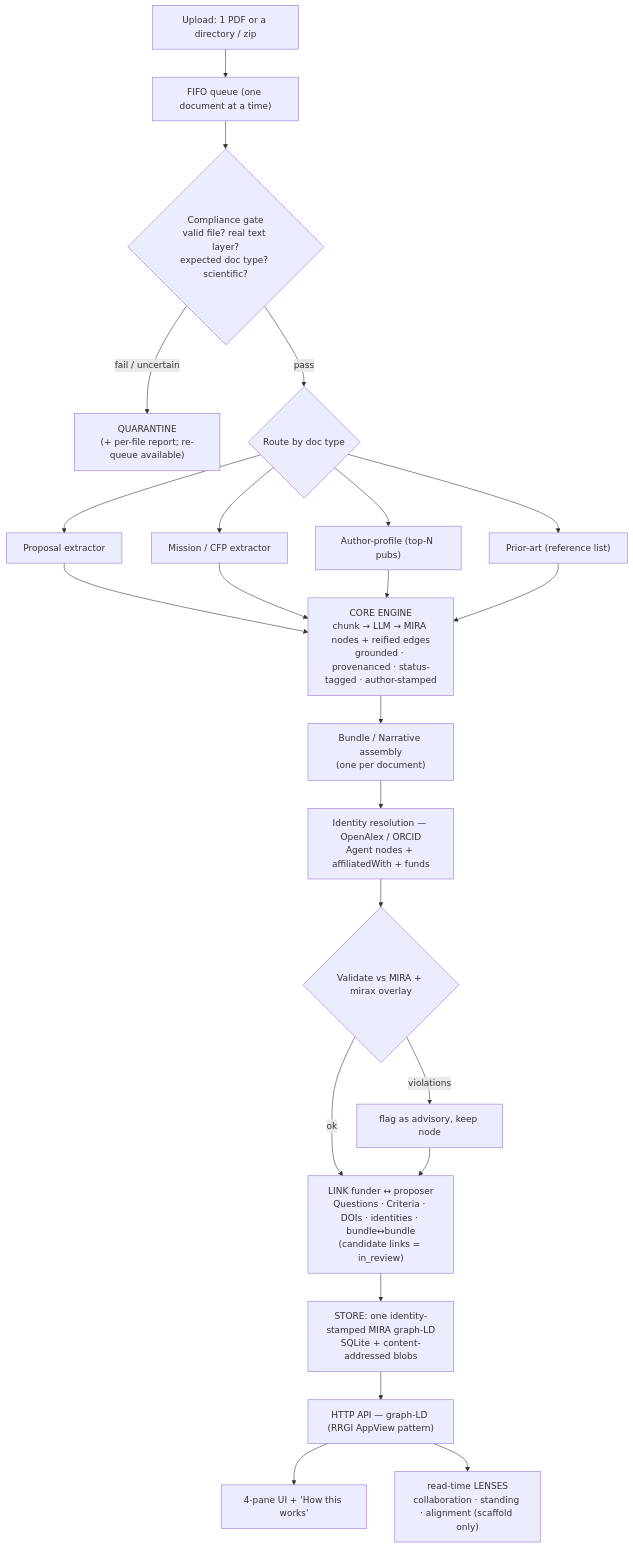
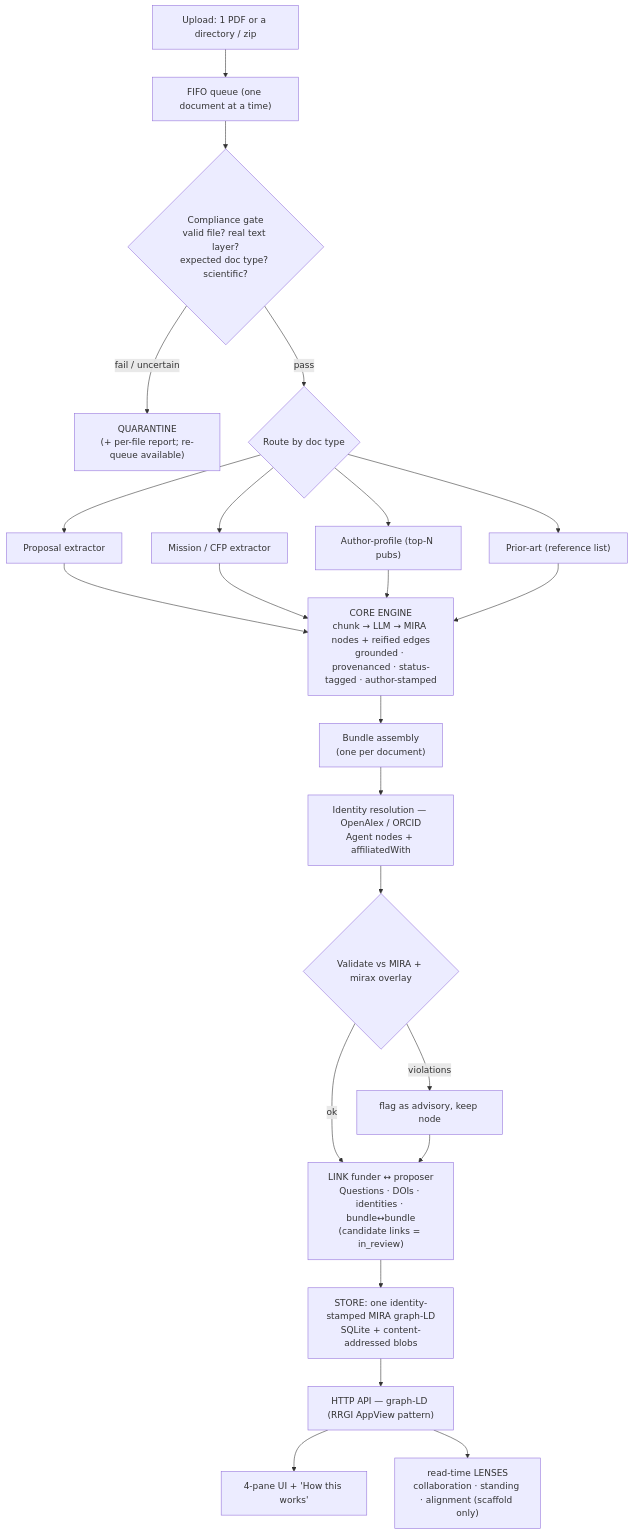
One commit to MIRA-science/MIRA-extraction changed the first of 7 diagrams in V1-MODEL.md. Above: the diagram before and after it, drawn with Mermaid. The commit also changed other lines of this file, not shown here.

First line of the commit message:
Sync v1 visual model: Bundle is primitive, Narrative optional, drop Criterion

````diff
--- a/V1-MODEL.md
+++ b/V1-MODEL.md
@@ -17,25 +17,25 @@
 ```mermaid
 flowchart TD
   U["Upload: 1 PDF or a directory / zip"] --> Q["FIFO queue (one document at a time)"]
   Q --> C{"Compliance gate<br/>valid file? real text layer?<br/>expected doc type? scientific?"}
   C -->|"fail / uncertain"| QA["QUARANTINE<br/>(+ per-file report; re-queue available)"]
   C -->|pass| R{"Route by doc type"}
   R --> P["Proposal extractor"]
   R --> M["Mission / CFP extractor"]
   R --> A["Author-profile (top-N pubs)"]
   R --> PA["Prior-art (reference list)"]
   P --> E
   M --> E
   A --> E
   PA --> E
-  E["CORE ENGINE<br/>chunk → LLM → MIRA nodes + reified edges<br/>grounded · provenanced · status-tagged · author-stamped"] --> B["Bundle / Narrative assembly<br/>(one per document)"]
-  B --> ID["Identity resolution — OpenAlex / ORCID<br/>Agent nodes + affiliatedWith + funds"]
+  E["CORE ENGINE<br/>chunk → LLM → MIRA nodes + reified edges<br/>grounded · provenanced · status-tagged · author-stamped"] --> B["Bundle assembly<br/>(one per document)"]
+  B --> ID["Identity resolution — OpenAlex / ORCID<br/>Agent nodes + affiliatedWith"]
   ID --> V{"Validate vs MIRA + mirax overlay"}
   V -->|violations| VR["flag as advisory, keep node"]
   V -->|ok| L
   VR --> L
-  L["LINK funder ↔ proposer<br/>Questions · Criteria · DOIs · identities · bundle↔bundle<br/>(candidate links = in_review)"] --> S["STORE: one identity-stamped MIRA graph-LD<br/>SQLite + content-addressed blobs"]
+  L["LINK funder ↔ proposer<br/>Questions · DOIs · identities · bundle↔bundle<br/>(candidate links = in_review)"] --> S["STORE: one identity-stamped MIRA graph-LD<br/>SQLite + content-addressed blobs"]
   S --> API["HTTP API — graph-LD (RRGI AppView pattern)"]
   API --> UI["4-pane UI + 'How this works'"]
   API --> LENS["read-time LENSES<br/>collaboration · standing · alignment (scaffold only)"]
 ```
````
